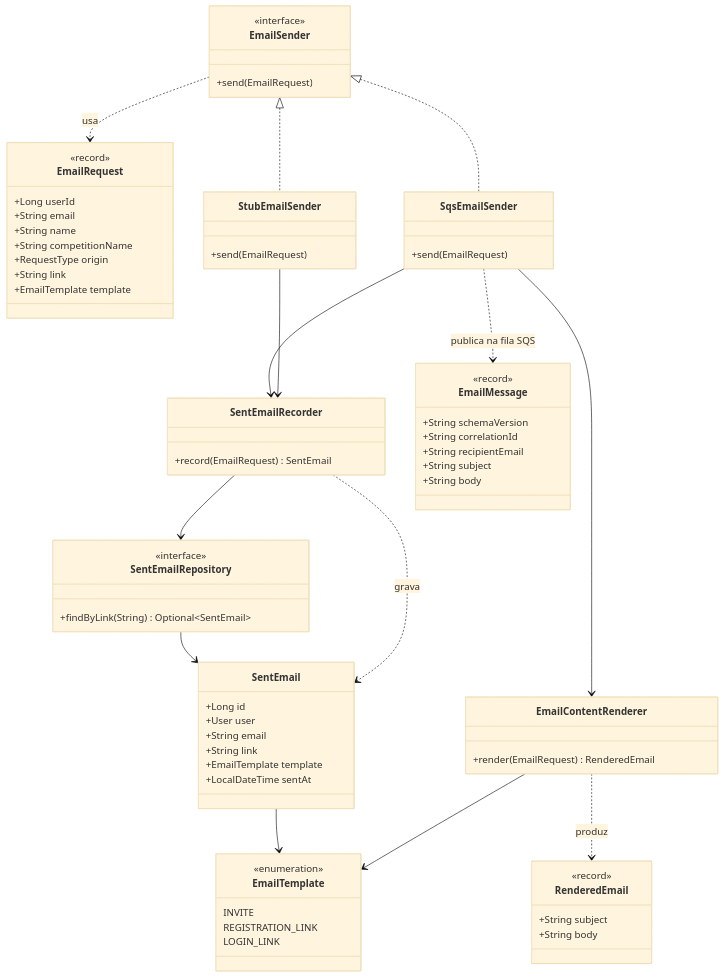
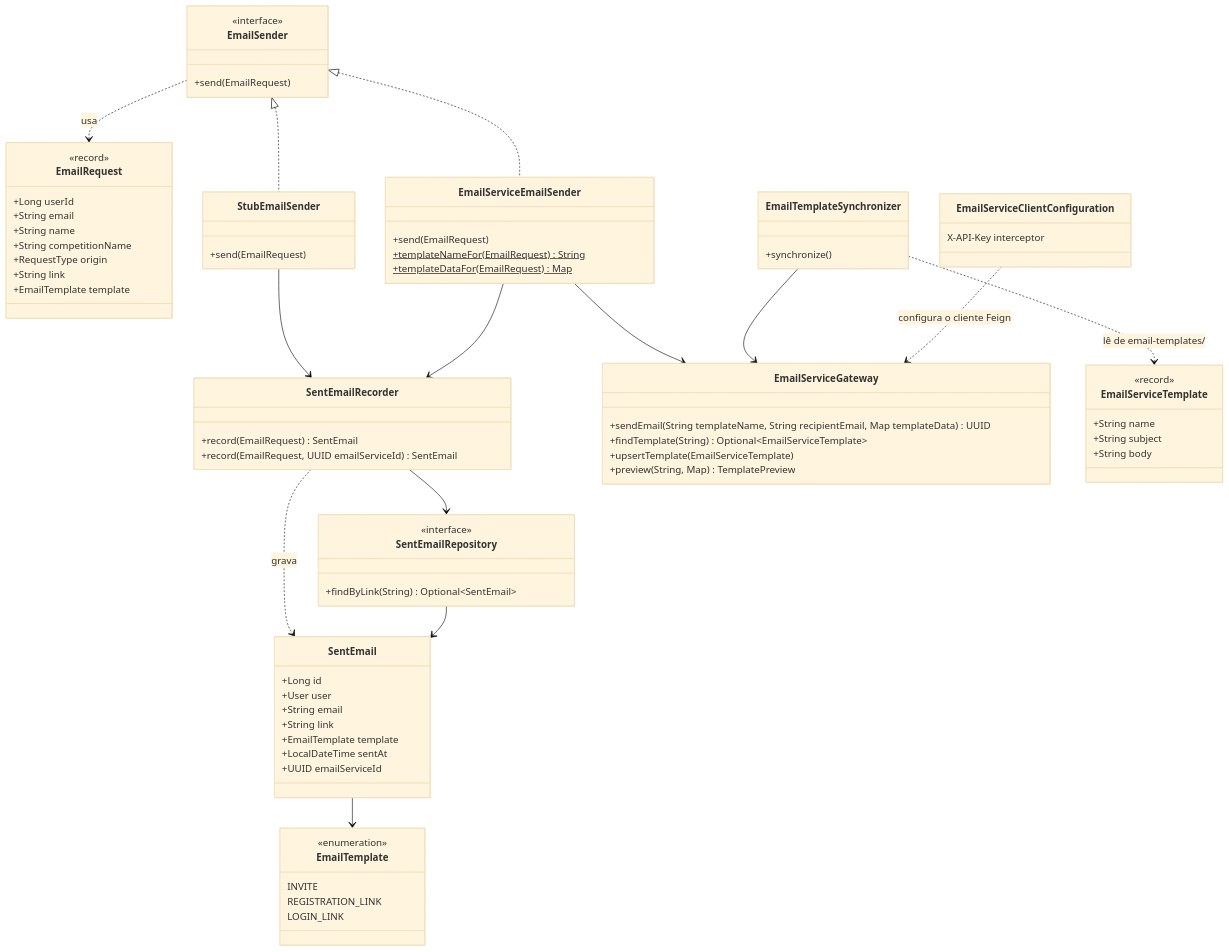
Before and after one commit to lalgarve/jogo-acoes: the ninth of 21 diagrams in docs/diagrams/modulos.md, drawn with Mermaid (base theme). The commit also changed other lines of this file and 6 other files, not shown here.

````diff
--- a/docs/diagrams/modulos.md
+++ b/docs/diagrams/modulos.md
@@ -384,74 +384,80 @@
 ```mermaid
 classDiagram
     class EmailSender {
         <<interface>>
         +send(EmailRequest)
     }
     class EmailRequest {
         <<record>>
         +Long userId
         +String email
         +String name
         +String competitionName
         +RequestType origin
         +String link
         +EmailTemplate template
     }
     class EmailTemplate {
         <<enumeration>>
         INVITE
         REGISTRATION_LINK
         LOGIN_LINK
     }
-    class RenderedEmail {
-        <<record>>
-        +String subject
-        +String body
-    }
-    class EmailContentRenderer {
-        +render(EmailRequest) RenderedEmail
-    }
     class SentEmail {
         +Long id
         +User user
         +String email
         +String link
         +EmailTemplate template
         +LocalDateTime sentAt
+        +UUID emailServiceId
     }
     class SentEmailRepository {
         <<interface>>
         +findByLink(String) Optional~SentEmail~
     }
     class SentEmailRecorder {
         +record(EmailRequest) SentEmail
+        +record(EmailRequest, UUID emailServiceId) SentEmail
     }
     class StubEmailSender {
         +send(EmailRequest)
     }
-    class SqsEmailSender {
+    class EmailServiceEmailSender {
         +send(EmailRequest)
+        +templateNameFor(EmailRequest)$ String
+        +templateDataFor(EmailRequest)$ Map
     }
-    class EmailMessage {
+    class EmailServiceGateway {
+        +sendEmail(String templateName, String recipientEmail, Map templateData) UUID
+        +findTemplate(String) Optional~EmailServiceTemplate~
+        +upsertTemplate(EmailServiceTemplate)
+        +preview(String, Map) TemplatePreview
+    }
+    class EmailTemplateSynchronizer {
+        +synchronize()
+    }
+    class EmailServiceTemplate {
         <<record>>
-        +String schemaVersion
-        +String correlationId
-        +String recipientEmail
+        +String name
         +String subject
         +String body
     }
+    class EmailServiceClientConfiguration {
+        X-API-Key interceptor
+    }
 
     EmailSender <|.. StubEmailSender
-    EmailSender <|.. SqsEmailSender
+    EmailSender <|.. EmailServiceEmailSender
     EmailSender ..> EmailRequest : usa
     StubEmailSender --> SentEmailRecorder
-    SqsEmailSender --> EmailContentRenderer
-    SqsEmailSender --> SentEmailRecorder
-    SqsEmailSender ..> EmailMessage : publica na fila SQS
-    EmailContentRenderer ..> RenderedEmail : produz
-    EmailContentRenderer --> EmailTemplate
+    EmailServiceEmailSender --> EmailServiceGateway
+    EmailServiceEmailSender --> SentEmailRecorder
+    EmailTemplateSynchronizer --> EmailServiceGateway
+    EmailTemplateSynchronizer ..> EmailServiceTemplate : lê de email-templates/
+    EmailServiceClientConfiguration ..> EmailServiceGateway : configura o cliente Feign
     SentEmailRecorder --> SentEmailRepository
     SentEmailRecorder ..> SentEmail : grava
     SentEmailRepository --> SentEmail
     SentEmail --> EmailTemplate
 ```
````
